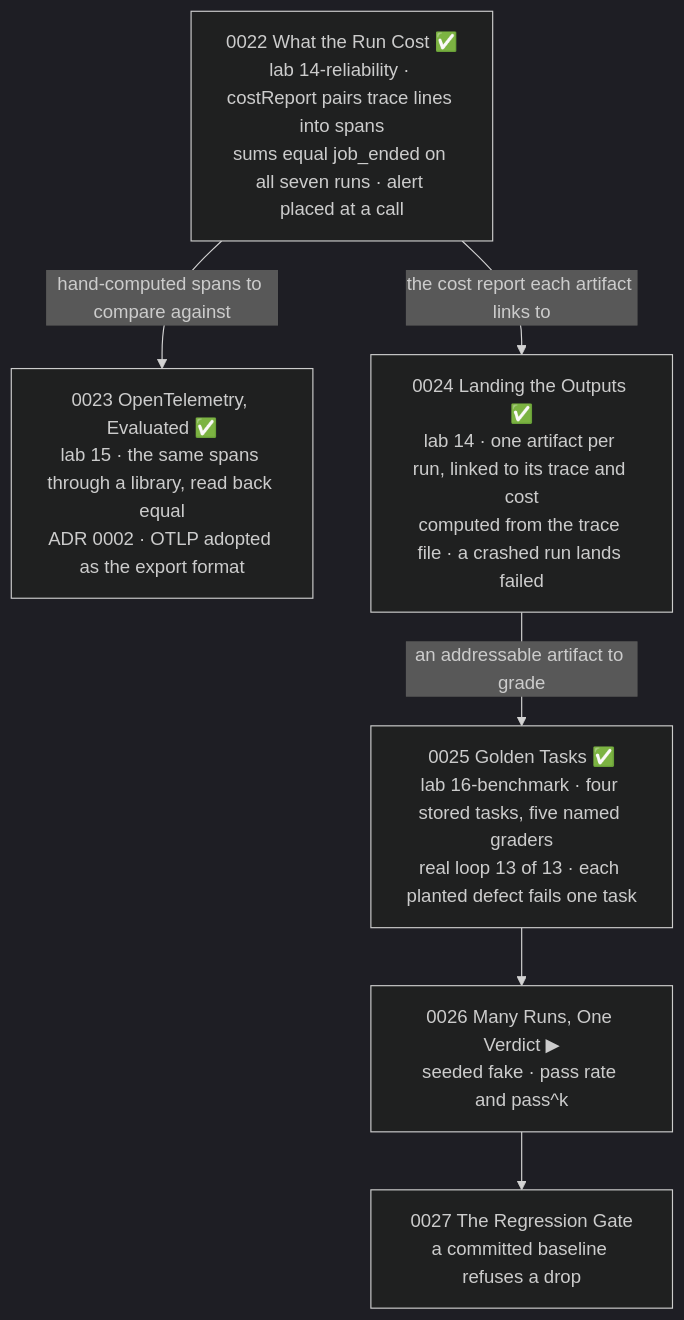
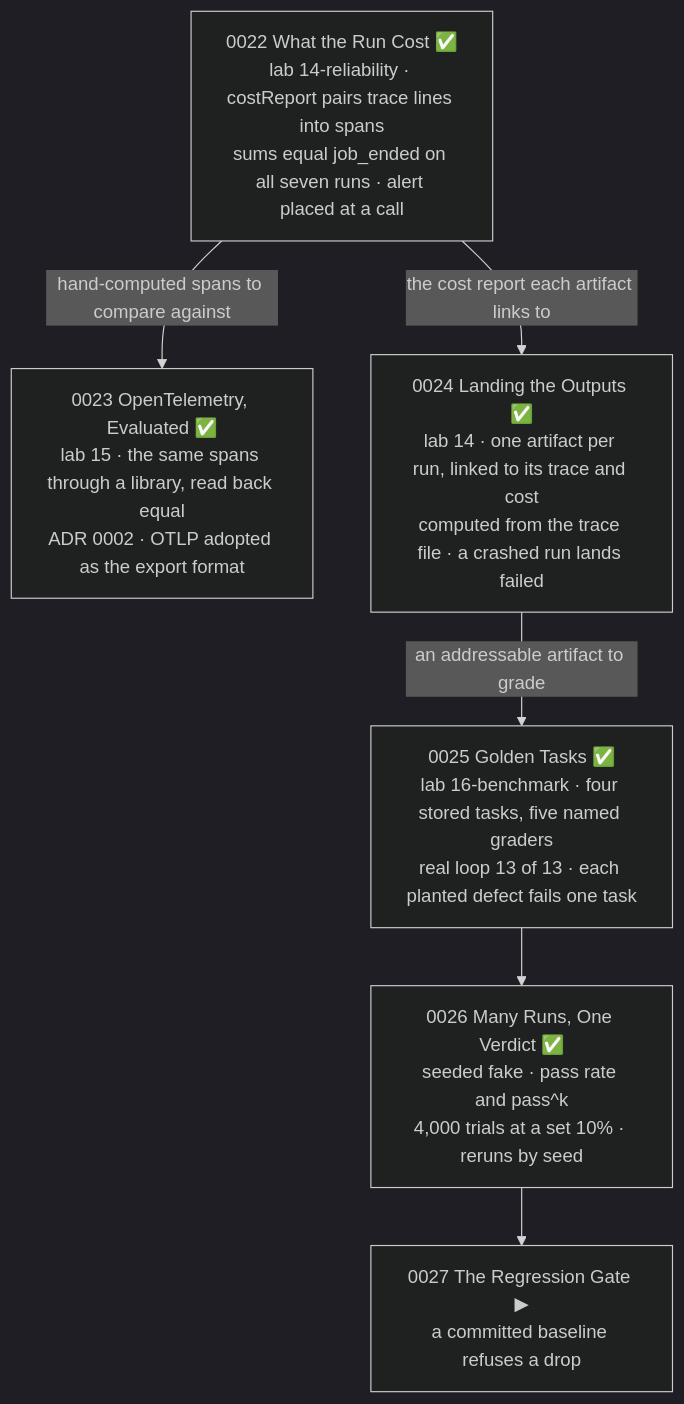
The sixth of 7 diagrams in wiki/course/course-module-graph.md (JozsefKiss90/TS), drawn with Mermaid (dark theme) before and after one commit. The commit also changed other lines of this file and 19 other files, not shown here.

First line of the commit message:
Ship lesson 0026 - Many Runs, One Verdict; lab 16 runs n trials per task

````diff
--- a/wiki/course/course-module-graph.md
+++ b/wiki/course/course-module-graph.md
@@ -115,14 +115,14 @@
 ```mermaid
 flowchart TD
     R22["0022 What the Run Cost ✅<br/>lab 14-reliability · costReport pairs trace lines into spans<br/>sums equal job_ended on all seven runs · alert placed at a call"]
     R23["0023 OpenTelemetry, Evaluated ✅<br/>lab 15 · the same spans through a library, read back equal<br/>ADR 0002 · OTLP adopted as the export format"]
     R24["0024 Landing the Outputs ✅<br/>lab 14 · one artifact per run, linked to its trace and cost<br/>computed from the trace file · a crashed run lands failed"]
     R25["0025 Golden Tasks ✅<br/>lab 16-benchmark · four stored tasks, five named graders<br/>real loop 13 of 13 · each planted defect fails one task"]
-    R26["0026 Many Runs, One Verdict ▶<br/>seeded fake · pass rate and pass^k"]
-    R27["0027 The Regression Gate<br/>a committed baseline refuses a drop"]
+    R26["0026 Many Runs, One Verdict ✅<br/>seeded fake · pass rate and pass^k<br/>4,000 trials at a set 10% · reruns by seed"]
+    R27["0027 The Regression Gate ▶<br/>a committed baseline refuses a drop"]
     R22 -->|"hand-computed spans to compare against"| R23
     R22 -->|"the cost report each artifact links to"| R24
     R24 -->|"an addressable artifact to grade"| R25
     R25 --> R26
     R26 --> R27
 ```
````
